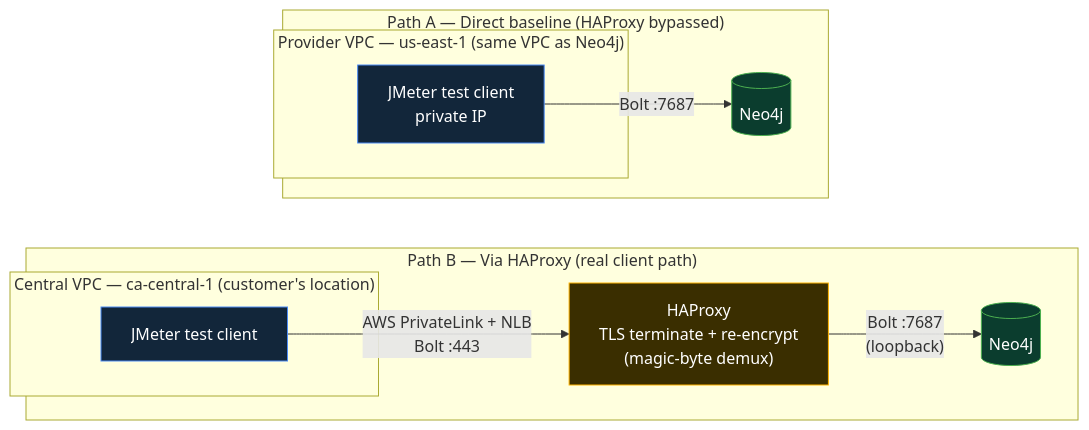
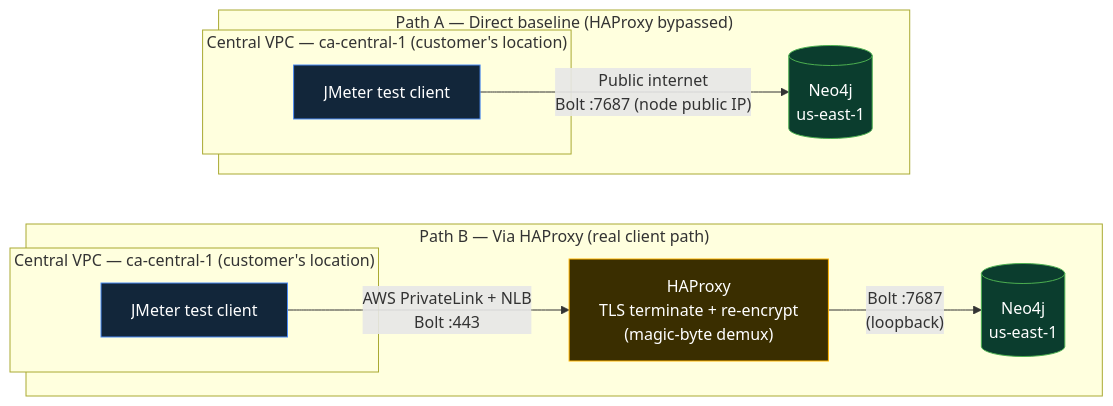
One commit to neo4j-field/neo4j-aws-privatelink-443 changed the diagram in performance-testing/README.md. Above: the diagram before and after it, drawn with Mermaid. The commit also changed other lines of this file, not shown here.

Commit message:
perf-testing: correct Path A topology in test diagram
The last validated run (2026-07-15-bolt-validated-run.md) ran JMeter from
the Central VPC (ca-central-1) for both paths, with Path A going over the
public internet to the node's public IP. The diagram incorrectly showed
Path A's client inside the Provider VPC (us-east-1). Update Path A to the
Central VPC over public internet, label both Neo4j nodes us-east-1, and
reconcile the two prose paragraphs so they no longer describe the diagram
as the HAProxy-isolation topology.

````diff
--- a/performance-testing/README.md
+++ b/performance-testing/README.md
@@ -21,27 +21,27 @@
 ```mermaid
 flowchart TB
     subgraph PathA["Path A — Direct baseline (HAProxy bypassed)"]
         direction LR
-        subgraph PathA_Loc["Provider VPC — us-east-1 (same VPC as Neo4j)"]
-            C1["JMeter test client<br/>private IP"]
+        subgraph PathA_Loc["Central VPC — ca-central-1 (customer's location)"]
+            C1["JMeter test client"]
         end
-        C1 -->|"Bolt :7687"| N1[("Neo4j")]
+        C1 -->|"Public internet<br/>Bolt :7687 (node public IP)"| N1[("Neo4j<br/>us-east-1")]
     end
 
     subgraph PathB["Path B — Via HAProxy (real client path)"]
         direction LR
         subgraph PathB_Loc["Central VPC — ca-central-1 (customer's location)"]
             C2["JMeter test client"]
         end
         C2 -->|"AWS PrivateLink + NLB<br/>Bolt :443"| H["HAProxy<br/>TLS terminate + re-encrypt<br/>(magic-byte demux)"]
-        H -->|"Bolt :7687<br/>(loopback)"| N2[("Neo4j")]
+        H -->|"Bolt :7687<br/>(loopback)"| N2[("Neo4j<br/>us-east-1")]
     end
 
     PathA ~~~ PathB
 
     style N1 fill:#0B3D2E,stroke:#4CAF50,color:#fff
     style N2 fill:#0B3D2E,stroke:#4CAF50,color:#fff
     style H fill:#3A2E00,stroke:#FFB300,color:#fff
     style C1 fill:#12263A,stroke:#4C8BF5,color:#fff
     style C2 fill:#12263A,stroke:#4C8BF5,color:#fff
 ```
````
